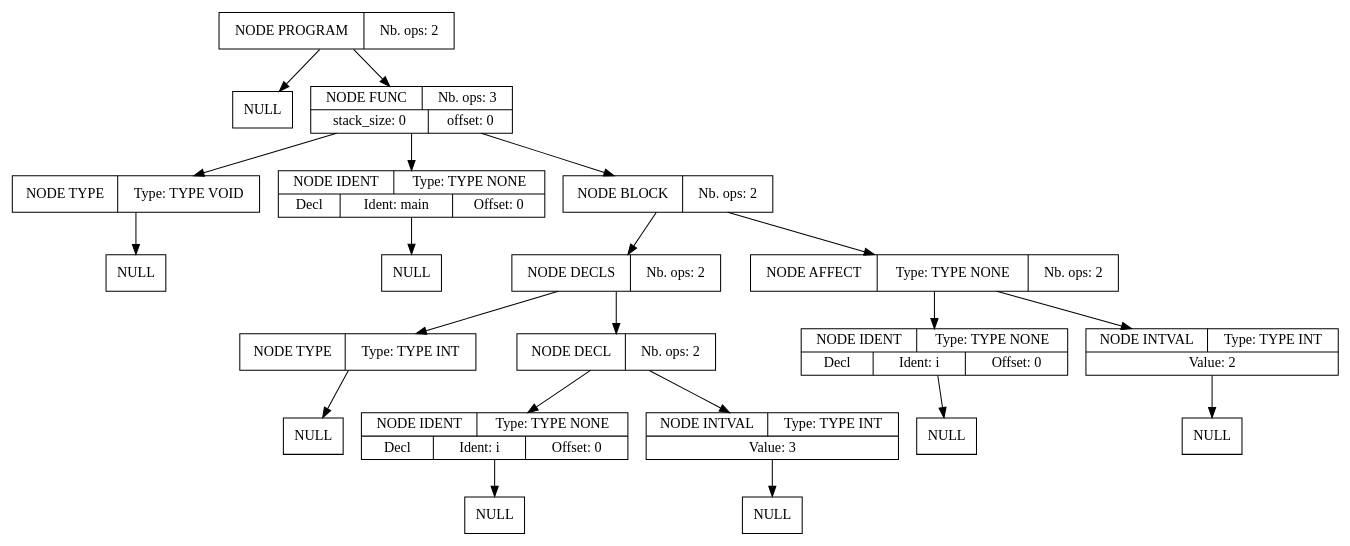
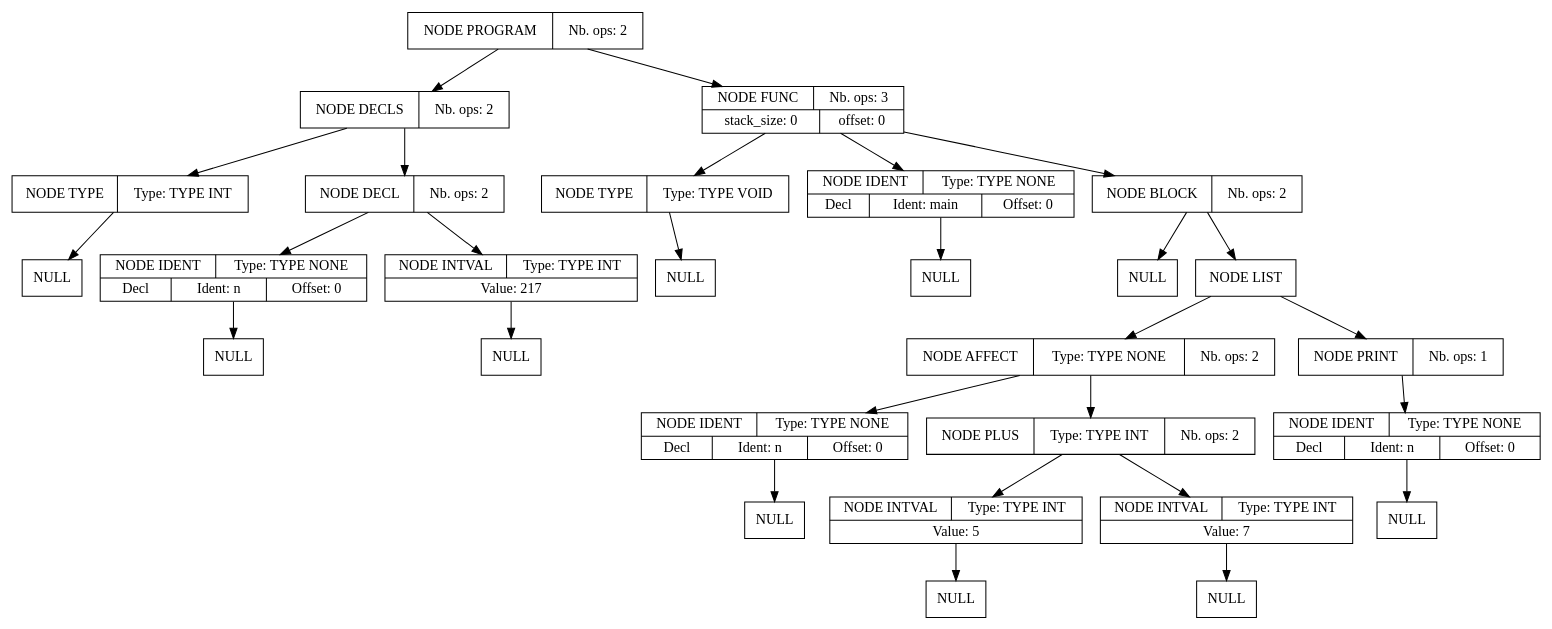
Before and after one commit to Serial-DeV/Compilation: the diagram in projet_compilation_src/src/fichier_dump.dot, drawn with Graphviz. The commit also changed 17 other files, not shown here.

```diff
--- a/projet_compilation_src/src/fichier_dump.dot
+++ b/projet_compilation_src/src/fichier_dump.dot
@@ -1,63 +1,84 @@
 digraph global_vars {
     N1 [shape=record, label="{{NODE PROGRAM|Nb. ops: 2}}"];
-    N2 [shape=record, label="{{NULL}}"];
-    edge[tailclip=true];
-    N1 -> N2
-    N3 [shape=record, label="{{NODE FUNC|Nb. ops: 3}|{stack_size: 0|offset: 0}}"];
-    N4 [shape=record, label="{{NODE TYPE|Type: TYPE VOID}}"];
-    N5 [shape=record, label="{{NULL}}"];
-    edge[tailclip=true];
-    N4 -> N5
+    N2 [shape=record, label="{{NODE DECLS|Nb. ops: 2}}"];
+    N3 [shape=record, label="{{NODE TYPE|Type: TYPE INT}}"];
+    N4 [shape=record, label="{{NULL}}"];
     edge[tailclip=true];
     N3 -> N4
-    N6 [shape=record, label="{{NODE IDENT|Type: TYPE NONE}|{<decl>Decl      |Ident: main|Offset: 0}}"];
+    edge[tailclip=true];
+    N2 -> N3
+    N5 [shape=record, label="{{NODE DECL|Nb. ops: 2}}"];
+    N6 [shape=record, label="{{NODE IDENT|Type: TYPE NONE}|{<decl>Decl      |Ident: n|Offset: 0}}"];
     N7 [shape=record, label="{{NULL}}"];
     edge[tailclip=true];
     N6 -> N7
     edge[tailclip=true];
-    N3 -> N6
-    N8 [shape=record, label="{{NODE BLOCK|Nb. ops: 2}}"];
-    N9 [shape=record, label="{{NODE DECLS|Nb. ops: 2}}"];
-    N10 [shape=record, label="{{NODE TYPE|Type: TYPE INT}}"];
-    N11 [shape=record, label="{{NULL}}"];
+    N5 -> N6
+    N8 [shape=record, label="{{NODE INTVAL|Type: TYPE INT}|{Value: 217}}"];
+    N9 [shape=record, label="{{NULL}}"];
+    edge[tailclip=true];
+    N8 -> N9
+    edge[tailclip=true];
+    N5 -> N8
+    edge[tailclip=true];
+    N2 -> N5
+    edge[tailclip=true];
+    N1 -> N2
+    N10 [shape=record, label="{{NODE FUNC|Nb. ops: 3}|{stack_size: 0|offset: 0}}"];
+    N11 [shape=record, label="{{NODE TYPE|Type: TYPE VOID}}"];
+    N12 [shape=record, label="{{NULL}}"];
+    edge[tailclip=true];
+    N11 -> N12
     edge[tailclip=true];
     N10 -> N11
-    edge[tailclip=true];
-    N9 -> N10
-    N12 [shape=record, label="{{NODE DECL|Nb. ops: 2}}"];
-    N13 [shape=record, label="{{NODE IDENT|Type: TYPE NONE}|{<decl>Decl      |Ident: i|Offset: 0}}"];
+    N13 [shape=record, label="{{NODE IDENT|Type: TYPE NONE}|{<decl>Decl      |Ident: main|Offset: 0}}"];
     N14 [shape=record, label="{{NULL}}"];
     edge[tailclip=true];
     N13 -> N14
     edge[tailclip=true];
-    N12 -> N13
-    N15 [shape=record, label="{{NODE INTVAL|Type: TYPE INT}|{Value: 3}}"];
+    N10 -> N13
+    N15 [shape=record, label="{{NODE BLOCK|Nb. ops: 2}}"];
     N16 [shape=record, label="{{NULL}}"];
     edge[tailclip=true];
     N15 -> N16
+    N17 [shape=record, label="{{NODE LIST}}"];
+    N18 [shape=record, label="{{NODE AFFECT|Type: TYPE NONE|Nb. ops: 2}}"];
+    N19 [shape=record, label="{{NODE IDENT|Type: TYPE NONE}|{<decl>Decl      |Ident: n|Offset: 0}}"];
+    N20 [shape=record, label="{{NULL}}"];
     edge[tailclip=true];
-    N12 -> N15
-    edge[tailclip=true];
-    N9 -> N12
-    edge[tailclip=true];
-    N8 -> N9
-    N17 [shape=record, label="{{NODE AFFECT|Type: TYPE NONE|Nb. ops: 2}}"];
-    N18 [shape=record, label="{{NODE IDENT|Type: TYPE NONE}|{<decl>Decl      |Ident: i|Offset: 0}}"];
-    N19 [shape=record, label="{{NULL}}"];
+    N19 -> N20
     edge[tailclip=true];
     N18 -> N19
+    N21 [shape=record, label="{{NODE PLUS|Type: TYPE INT|Nb. ops: 2}}"];
+    N22 [shape=record, label="{{NODE INTVAL|Type: TYPE INT}|{Value: 5}}"];
+    N23 [shape=record, label="{{NULL}}"];
+    edge[tailclip=true];
+    N22 -> N23
+    edge[tailclip=true];
+    N21 -> N22
+    N24 [shape=record, label="{{NODE INTVAL|Type: TYPE INT}|{Value: 7}}"];
+    N25 [shape=record, label="{{NULL}}"];
+    edge[tailclip=true];
+    N24 -> N25
+    edge[tailclip=true];
+    N21 -> N24
+    edge[tailclip=true];
+    N18 -> N21
     edge[tailclip=true];
     N17 -> N18
-    N20 [shape=record, label="{{NODE INTVAL|Type: TYPE INT}|{Value: 2}}"];
-    N21 [shape=record, label="{{NULL}}"];
+    N26 [shape=record, label="{{NODE PRINT|Nb. ops: 1}}"];
+    N27 [shape=record, label="{{NODE IDENT|Type: TYPE NONE}|{<decl>Decl      |Ident: n|Offset: 0}}"];
+    N28 [shape=record, label="{{NULL}}"];
     edge[tailclip=true];
-    N20 -> N21
+    N27 -> N28
     edge[tailclip=true];
-    N17 -> N20
+    N26 -> N27
     edge[tailclip=true];
-    N8 -> N17
+    N17 -> N26
     edge[tailclip=true];
-    N3 -> N8
+    N15 -> N17
     edge[tailclip=true];
-    N1 -> N3
+    N10 -> N15
+    edge[tailclip=true];
+    N1 -> N10
 }
```
